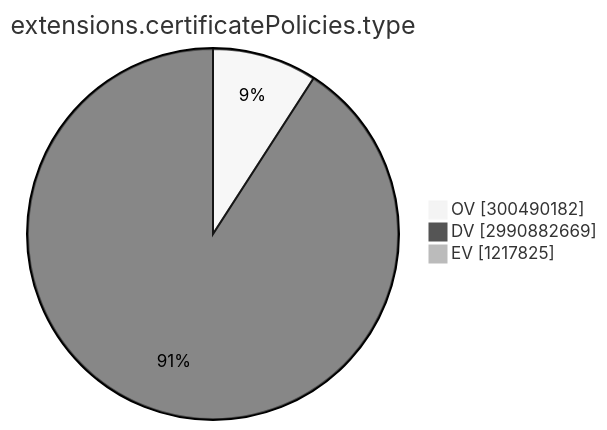
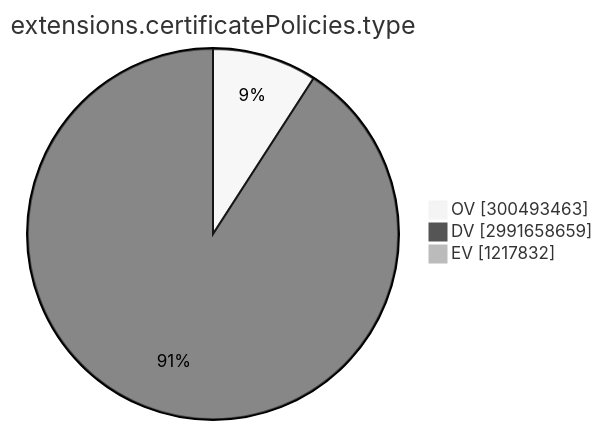
Before and after one commit to christiankrug/ctmonitor_visualization: the ninth of 15 diagrams in TOTAL/README.md, drawn with Mermaid (neutral theme). The commit also changed other lines of this file, not shown here.

````diff
--- a/TOTAL/README.md
+++ b/TOTAL/README.md
@@ -3102,7 +3102,7 @@
 ```mermaid
 pie showData
 title extensions.certificatePolicies.type
-"OV" :300490182
-"DV" :2990882669
-"EV" :1217825
+"OV" :300493463
+"DV" :2991658659
+"EV" :1217832
 ```
````
